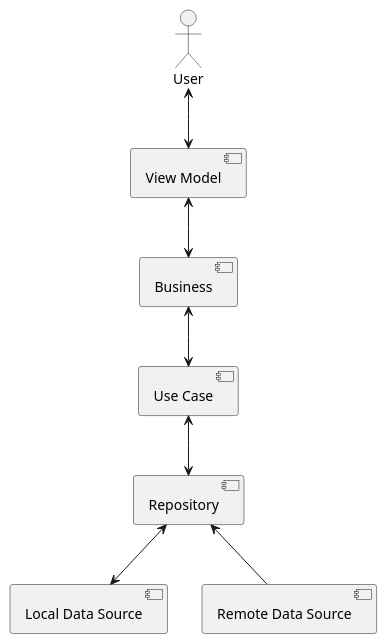
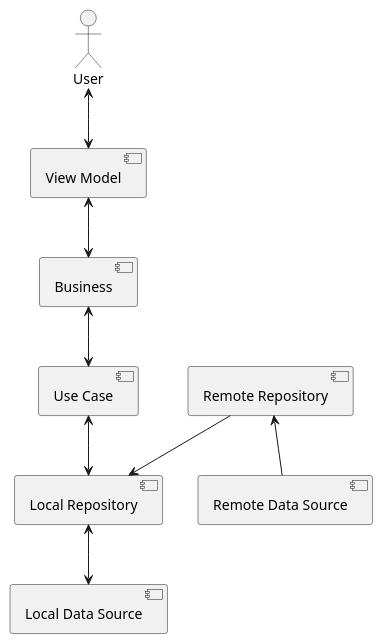
One commit to azisanw19/flutter-jikan-moe changed the diagram in architecture.puml. Above: the diagram before and after it, drawn with PlantUML. The commit also changed 17 other files, not shown here.

```diff
--- a/architecture.puml
+++ b/architecture.puml
@@ -1,19 +1,21 @@
 @startuml
 
 actor "User" as user
 
 component "View Model" as viewModel
 component "Business" as business
 component "Use Case" as useCase
-component "Repository" as repository
+component "Remote Repository" as remoteRepository
+component "Local Repository" as localRepository
 component "Local Data Source" as localDataSource
 component "Remote Data Source" as remoteDataSource
 
 user <--> viewModel
 viewModel <--> business
 business <--> useCase
-useCase <--> repository
-repository <--> localDataSource
-repository <-- remoteDataSource
+useCase <--> localRepository
+localRepository <--> localDataSource
+remoteRepository --> localRepository
+remoteRepository <-- remoteDataSource
 
 @enduml
```
